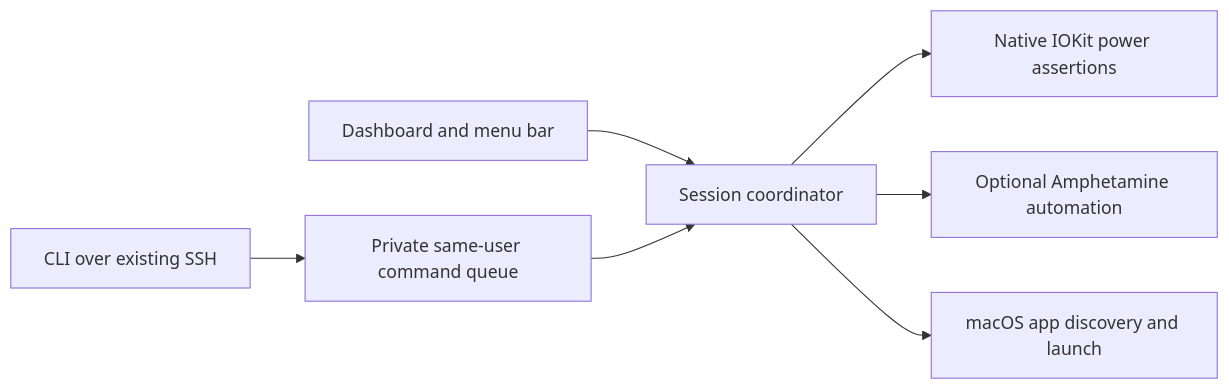
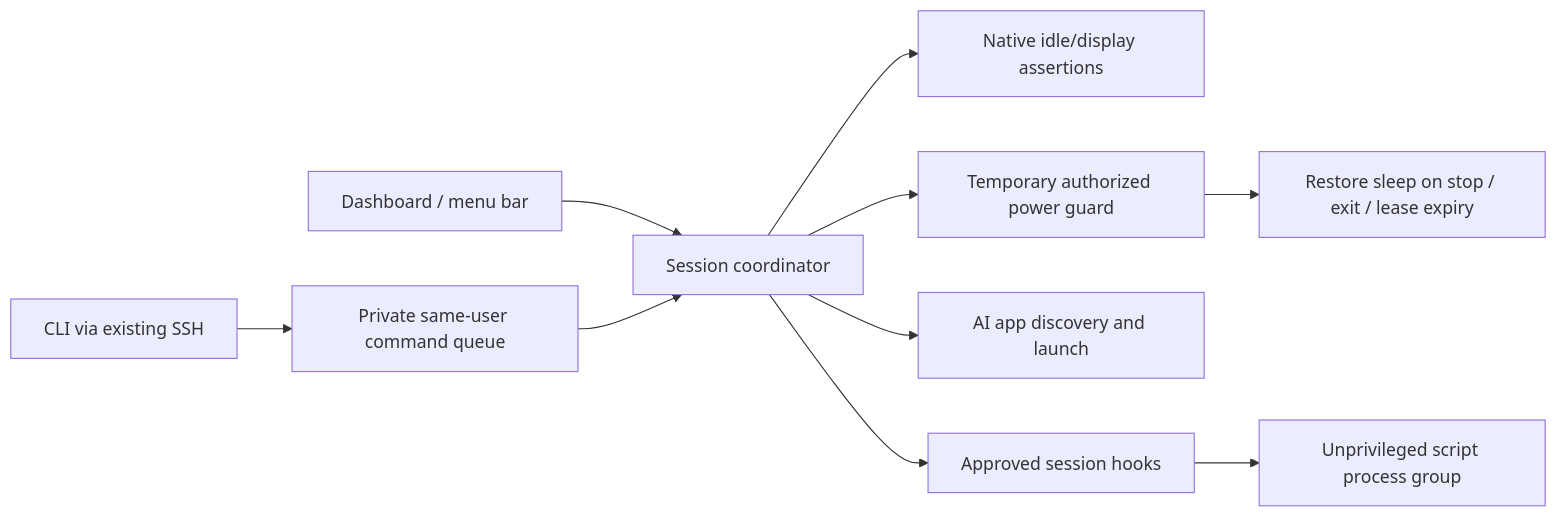
One commit to RaDeleon/Vibesomnia changed the diagram in README.md. Above: the diagram before and after it, drawn with Mermaid. The commit also changed other lines of this file and 36 other files, not shown here.

````diff
--- a/README.md
+++ b/README.md
@@ -159,9 +196,12 @@
 ```mermaid
 flowchart LR
-    UI[Dashboard and menu bar] --> Store[Session coordinator]
-    CLI[CLI over existing SSH] --> IPC[Private same-user command queue]
-    IPC --> Store
-    Store --> Native[Native IOKit power assertions]
-    Store --> Bridge[Optional Amphetamine automation]
-    Store --> Apps[macOS app discovery and launch]
+    UI[Dashboard / menu bar] --> Coordinator[Session coordinator]
+    CLI[CLI via existing SSH] --> Queue[Private same-user command queue]
+    Queue --> Coordinator
+    Coordinator --> IOKit[Native idle/display assertions]
+    Coordinator --> Guard[Temporary authorized power guard]
+    Coordinator --> Apps[AI app discovery and launch]
+    Coordinator --> Hooks[Approved session hooks]
+    Hooks --> Scripts[Unprivileged script process group]
+    Guard --> Restore[Restore sleep on stop / exit / lease expiry]
 ```
````
